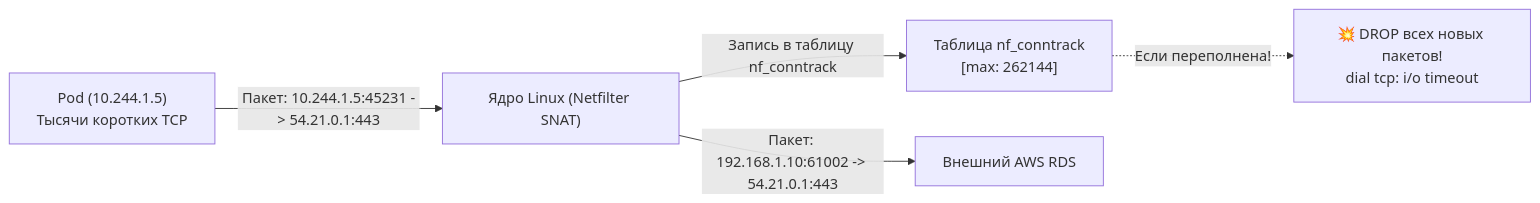
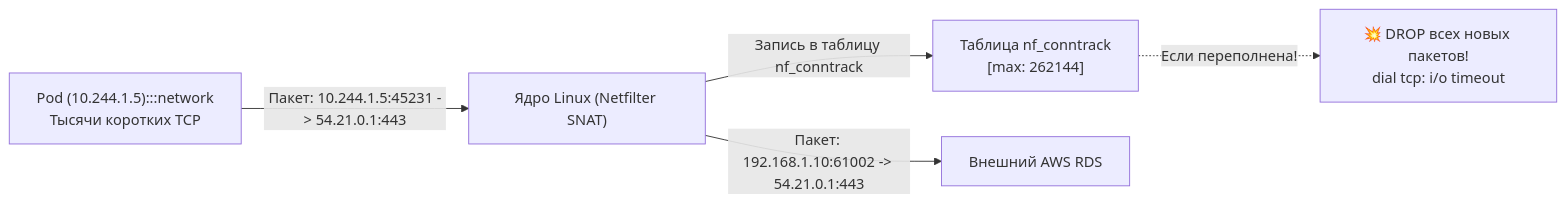
The fifth of 5 diagrams in sources/14. Распределенные системы на Go/07. Kubernetes и деплой/8. Kubernetes networking.md (UnrealTemplier/go-textbook), drawn with Mermaid before and after one commit. The commit also changed other lines of this file and 1666 other files, not shown here.

First line of the commit message:
feat(mermaid): add semantic color classDef to 1369 colorless flowchart/graph diagrams

````diff
--- a/sources/14. Распределенные системы на Go/07. Kubernetes и деплой/8. Kubernetes networking.md
+++ b/sources/14. Распределенные системы на Go/07. Kubernetes и деплой/8. Kubernetes networking.md
@@ -240,8 +260,18 @@
 ```mermaid
 flowchart LR
-    Pod["Pod (10.244.1.5)\nТысячи коротких TCP"] -->|"Пакет: 10.244.1.5:45231 -> 54.21.0.1:443"| Kernel["Ядро Linux (Netfilter SNAT)"]
+    classDef process  fill:#1e293b,stroke:#38bdf8,stroke-width:1px,color:#f8fafc
+    classDef success  fill:#064e3b,stroke:#34d399,stroke-width:1px,color:#f8fafc
+    classDef error    fill:#7f1d1d,stroke:#f87171,stroke-width:1px,color:#f8fafc
+    classDef warning  fill:#78350f,stroke:#fbbf24,stroke-width:1px,color:#f8fafc
+    classDef entry    fill:#1e3a5f,stroke:#38bdf8,stroke-width:2px,color:#f8fafc
+    classDef aux      fill:#334155,stroke:#64748b,stroke-width:1px,color:#f8fafc
+    classDef system   fill:#312e81,stroke:#a78bfa,stroke-width:1px,color:#f8fafc
+    classDef data     fill:#132d29,stroke:#2dd4bf,stroke-width:1px,color:#f8fafc
+    classDef network  fill:#881337,stroke:#fb7185,stroke-width:1px,color:#f8fafc
+    classDef accent   fill:#1e1b4b,stroke:#818cf8,stroke-width:1px,color:#f8fafc
+    Pod["Pod (10.244.1.5):::network\nТысячи коротких TCP"] -->|"Пакет: 10.244.1.5:45231 -> 54.21.0.1:443"| Kernel["Ядро Linux (Netfilter SNAT)"]
     Kernel -->|"Запись в таблицу nf_conntrack"| Table["Таблица nf_conntrack\n[max: 262144]"]
     Kernel -->|"Пакет: 192.168.1.10:61002 -> 54.21.0.1:443"| RDS["Внешний AWS RDS"]
 
     Table -.->|"Если переполнена!"| Drop["💥 DROP всех новых пакетов!\ndial tcp: i/o timeout"]
 ```
````
